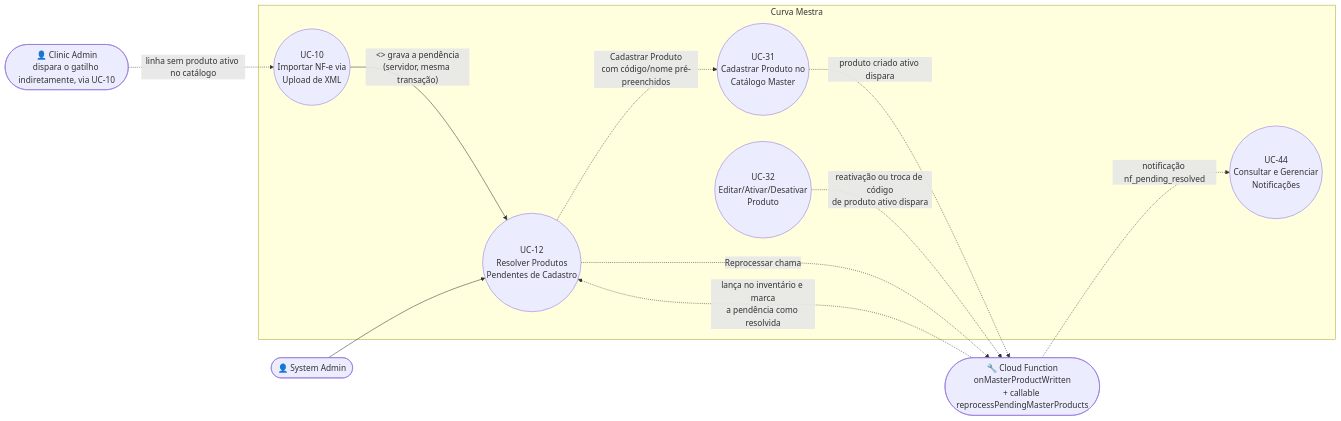
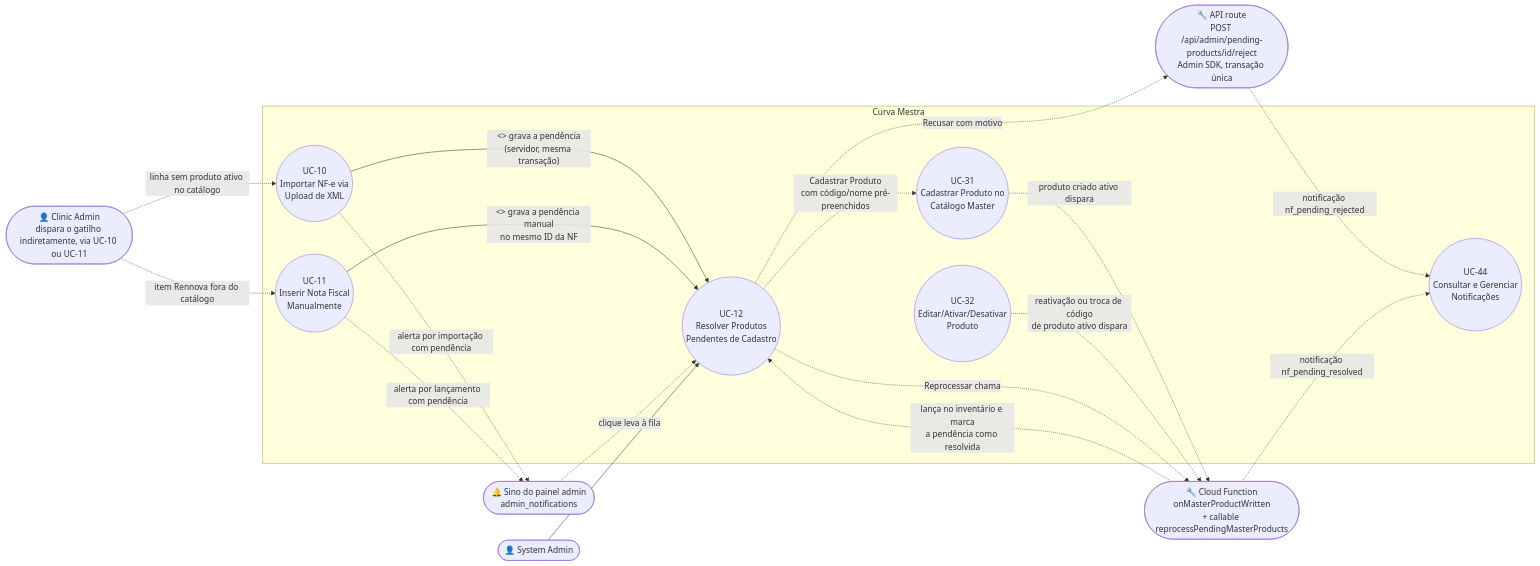
Before and after one commit to GScandelari/curva_mestra_system: the diagram in ONLY_FOR_DEVS/PO_BA_Docs/UC-12-resolver-produtos-pendentes-de-cadastro.md, drawn with Mermaid. The commit also changed other lines of this file and 5 other files, not shown here.

First line of the commit message:
docs(uc): update NF-e UCs for out-of-pattern codes, manual pending and rejection

````diff
--- a/ONLY_FOR_DEVS/PO_BA_Docs/UC-12-resolver-produtos-pendentes-de-cadastro.md
+++ b/ONLY_FOR_DEVS/PO_BA_Docs/UC-12-resolver-produtos-pendentes-de-cadastro.md
@@ -16,24 +16,34 @@
 ```mermaid
 flowchart LR
     SystemAdmin([👤 System Admin])
-    ClinicAdmin([👤 Clinic Admin\ndispara o gatilho indiretamente, via UC-10])
+    ClinicAdmin([👤 Clinic Admin\ndispara o gatilho indiretamente, via UC-10 ou UC-11])
     CloudFn([🔧 Cloud Function\nonMasterProductWritten\n+ callable reprocessPendingMasterProducts])
+    RejectAPI([🔧 API route\nPOST /api/admin/pending-products/id/reject\nAdmin SDK, transação única])
+    AdminBell([🔔 Sino do painel admin\nadmin_notifications])
 
     subgraph Sistema["Curva Mestra"]
         UC10(("UC-10\nImportar NF-e via\nUpload de XML"))
+        UC11(("UC-11\nInserir Nota Fiscal\nManualmente"))
         UC12(("UC-12\nResolver Produtos\nPendentes de Cadastro"))
         UC31(("UC-31\nCadastrar Produto no\nCatálogo Master"))
         UC32(("UC-32\nEditar/Ativar/Desativar\nProduto"))
         UC44(("UC-44\nConsultar e Gerenciar\nNotificações"))
     end
 
     ClinicAdmin -.->|linha sem produto ativo no catálogo| UC10
+    ClinicAdmin -.->|"item Rennova fora do catálogo"| UC11
     UC10 -->|"<<extend>> grava a pendência\n(servidor, mesma transação)"| UC12
+    UC11 -->|"<<extend>> grava a pendência manual\nno mesmo ID da NF"| UC12
+    UC10 -.->|"alerta por importação com pendência"| AdminBell
+    UC11 -.->|"alerta por lançamento com pendência"| AdminBell
+    AdminBell -.->|"clique leva à fila"| UC12
     SystemAdmin --> UC12
+    UC12 -.->|"Recusar com motivo"| RejectAPI
+    RejectAPI -.->|"notificação nf_pending_rejected"| UC44
     UC12 -.->|"Cadastrar Produto"\ncom código/nome pré-preenchidos| UC31
     UC31 -.->|produto criado ativo dispara| CloudFn
     UC32 -.->|reativação ou troca de código\nde produto ativo dispara| CloudFn
     UC12 -.->|"Reprocessar" chama| CloudFn
     CloudFn -.->|lança no inventário e marca\na pendência como resolvida| UC12
     CloudFn -.->|notificação nf_pending_resolved| UC44
 ```
````
